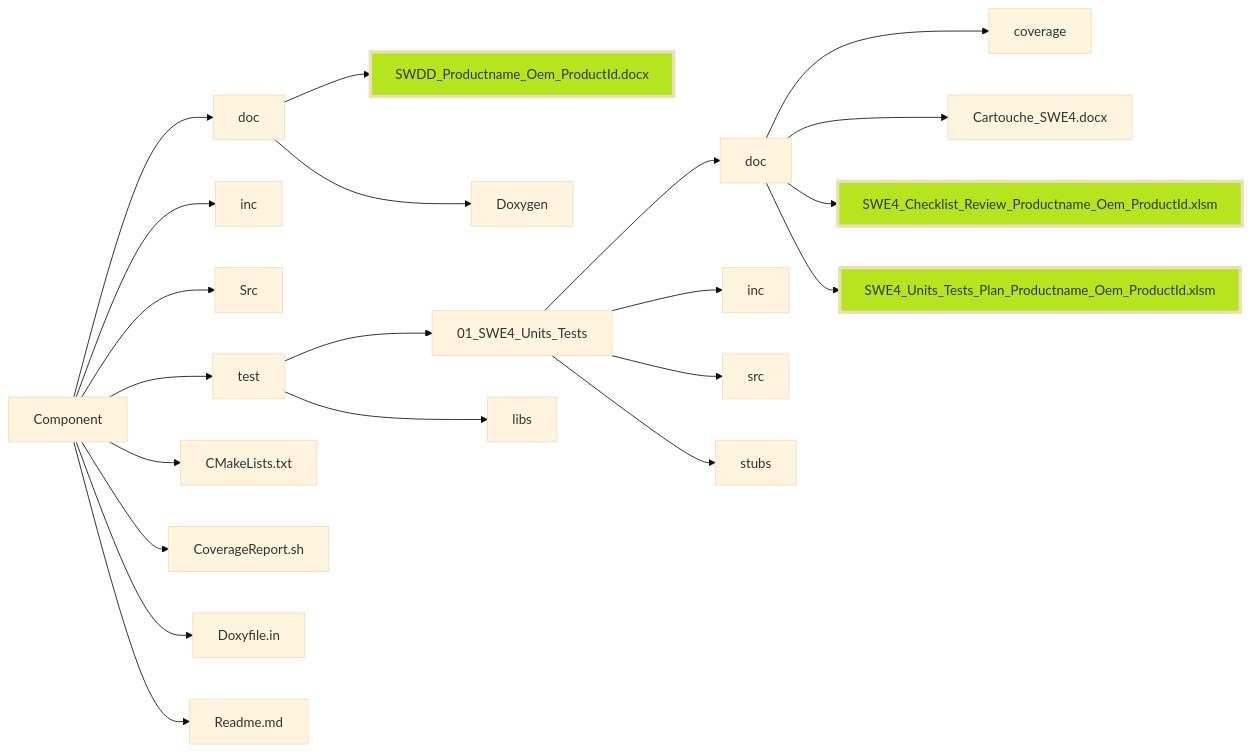
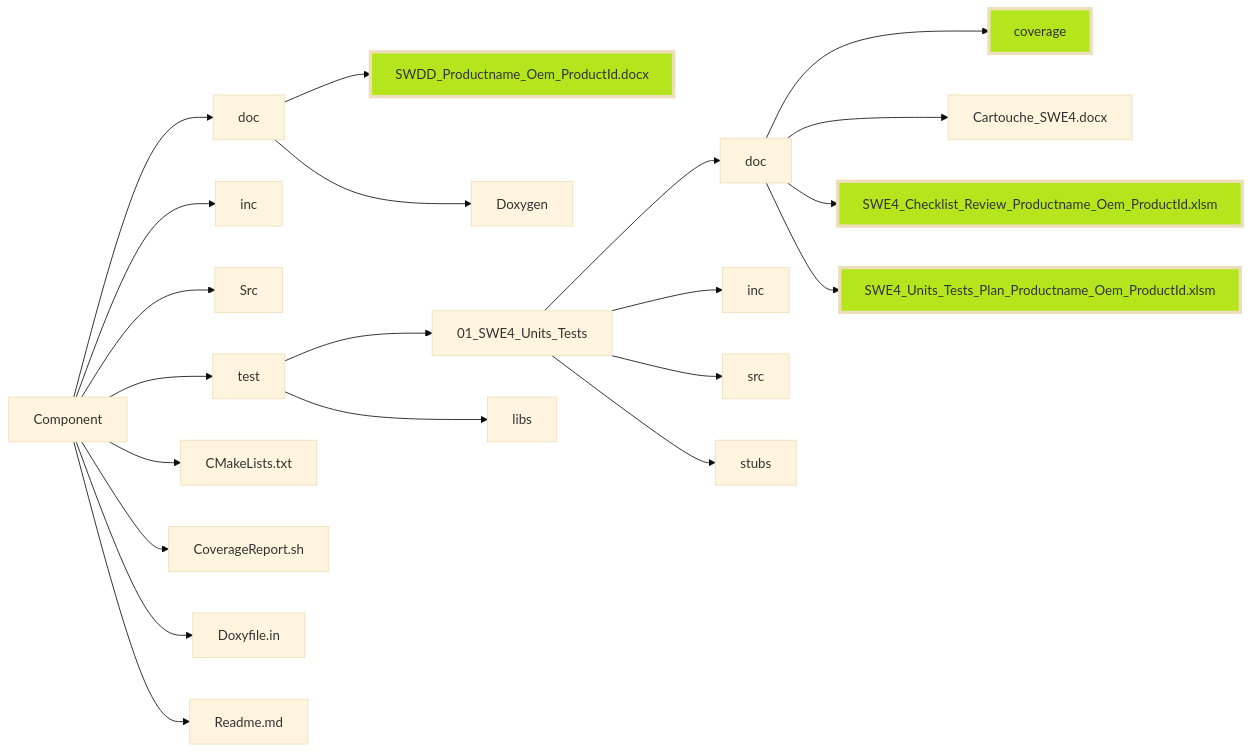
One commit to cutkiller09/PlasticOmnium changed the second of 2 diagrams in README.md. Above: the diagram before and after it, drawn with Mermaid (base theme). The commit also changed other lines of this file, not shown here.

````diff
--- a/README.md
+++ b/README.md
@@ -46,27 +85,28 @@
 ```mermaid 
 flowchart LR 
     A[Component]  --> B[doc]
     B --> C[SWDD_Productname_Oem_ProductId.docx]
     B --> D[Doxygen]
     A --> XC[inc]
     A --> Y[Src]
     A --> Z[test]
     A --> AA[CMakeLists.txt]
     A --> AB[CoverageReport.sh]
     A --> AC[Doxyfile.in]
     A --> AD[Readme.md]
     Z --> AE[01_SWE4_Units_Tests]
     Z --> AJ[libs]
     AE --> AI[doc]
     AE --> AF[inc]
     AE --> AG[src]
     AE --> AH[stubs]
     AI --> E[coverage]
     AI --> F[Cartouche_SWE4.docx]
     AI --> G[SWE4_Checklist_Review_Productname_Oem_ProductId.xlsm]
     AI --> H[SWE4_Units_Tests_Plan_Productname_Oem_ProductId.xlsm]
 
     style G fill:#b5e61d,stroke:#11,stroke-width:4px
     style H fill:#b5e61d,stroke:#11,stroke-width:4px 
+    style E fill:#b5e61d,stroke:#11,stroke-width:4px 
     style C fill:#b5e61d,stroke:#11,stroke-width:4px
 ```
````
